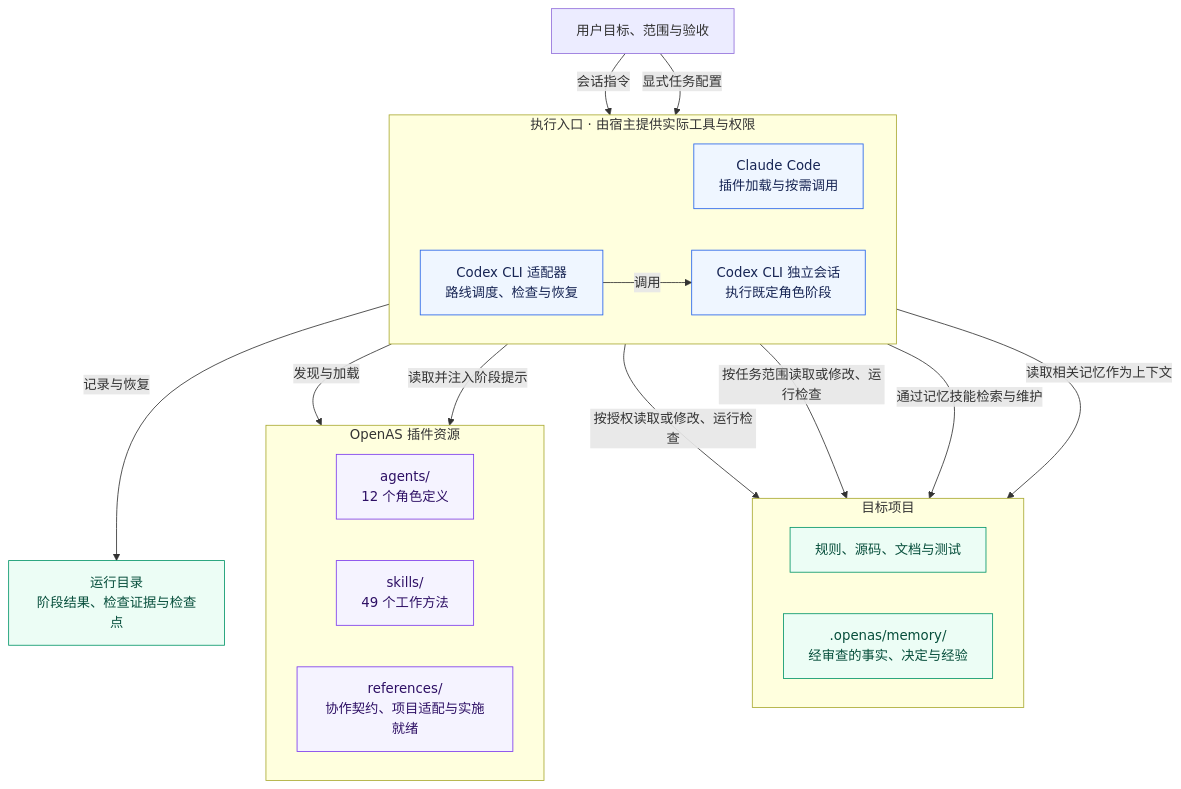
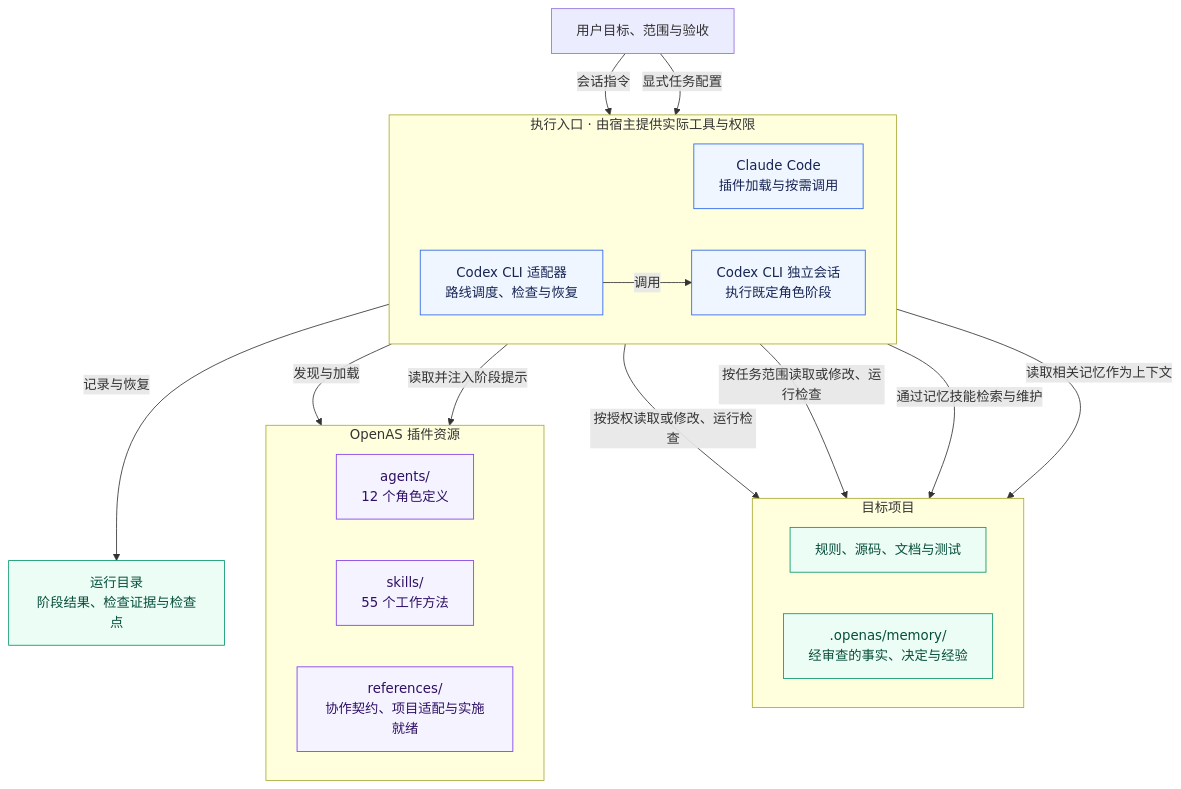
The first of 2 diagrams in README.md (xiangguangxin/OpenAS), drawn with Mermaid before and after one commit. The commit also changed other lines of this file and 39 other files, not shown here.

````diff
--- a/README.md
+++ b/README.md
@@ -339,44 +345,44 @@
 ```mermaid
 flowchart TB
     user["用户目标、范围与验收"]
 
     subgraph entry["执行入口 · 由宿主提供实际工具与权限"]
         direction LR
         claude["Claude Code<br/>插件加载与按需调用"]
         adapter["Codex CLI 适配器<br/>路线调度、检查与恢复"]
         sessions["Codex CLI 独立会话<br/>执行既定角色阶段"]
         adapter -->|调用| sessions
     end
 
     subgraph bundle["OpenAS 插件资源"]
         direction LR
         agents["agents/<br/>12 个角色定义"]
-        skills["skills/<br/>49 个工作方法"]
+        skills["skills/<br/>55 个工作方法"]
         contracts["references/<br/>协作契约、项目适配与实施就绪"]
     end
 
     subgraph target["目标项目"]
         direction LR
         repo["规则、源码、文档与测试"]
         memory[".openas/memory/<br/>经审查的事实、决定与经验"]
     end
 
     evidence["运行目录<br/>阶段结果、检查证据与检查点"]
 
     user -->|会话指令| claude
     user -->|显式任务配置| adapter
     claude -->|发现与加载| bundle
     adapter -->|读取并注入阶段提示| bundle
     claude -->|按授权读取或修改、运行检查| repo
     sessions -->|按任务范围读取或修改、运行检查| repo
     claude -->|通过记忆技能检索与维护| memory
     adapter -->|读取相关记忆作为上下文| memory
     adapter -->|记录与恢复| evidence
 
     classDef entryStyle fill:#eff6ff,stroke:#2563eb,color:#172554
     classDef resourceStyle fill:#f5f3ff,stroke:#7c3aed,color:#2e1065
     classDef dataStyle fill:#ecfdf5,stroke:#059669,color:#064e3b
     class claude,adapter,sessions entryStyle
     class agents,skills,contracts resourceStyle
     class repo,memory,evidence dataStyle
 ```
````
